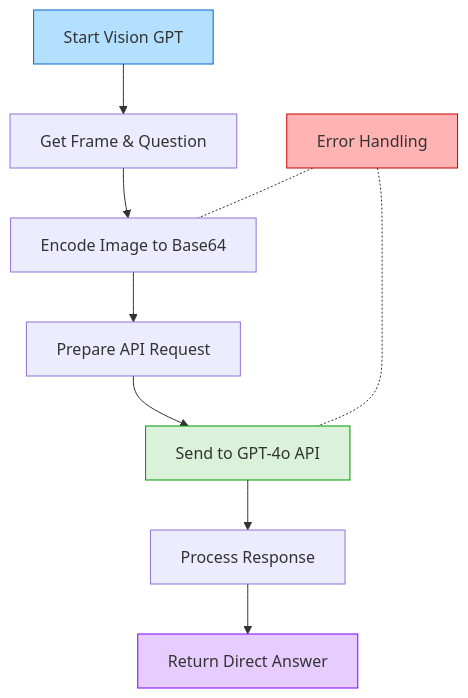
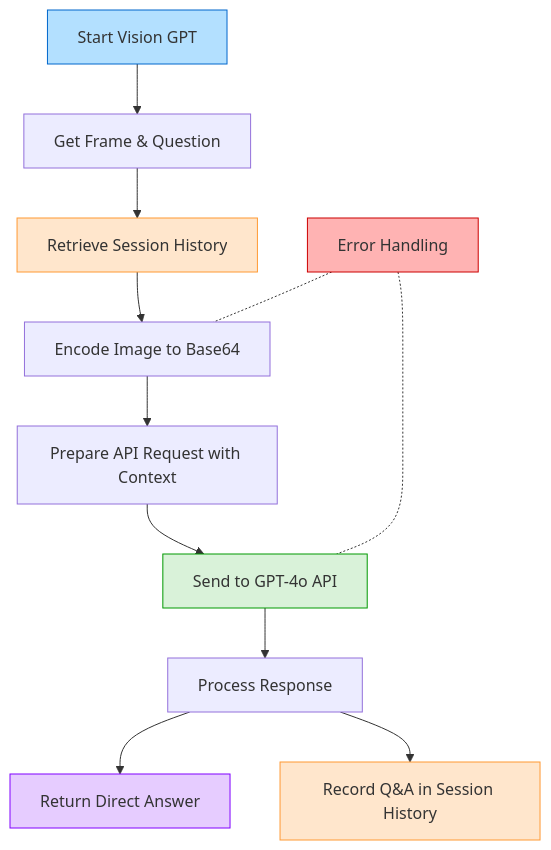
Before and after one commit to SYNOVA-LABS/ADA: the diagram in Vision_GPT/readme.md, drawn with Mermaid. The commit also changed other lines of this file, not shown here.

````diff
--- a/Vision_GPT/readme.md
+++ b/Vision_GPT/readme.md
@@ -15,17 +16,21 @@
 ```mermaid
 flowchart TD
     A[Start Vision GPT] --> B[Get Frame & Question]
-    B --> C[Encode Image to Base64]
-    C --> D[Prepare API Request]
+    B --> S[Retrieve Session History]
+    S --> C[Encode Image to Base64]
+    C --> D[Prepare API Request with Context]
     D --> E[Send to GPT-4o API]
     E --> F[Process Response]
     F --> G[Return Direct Answer]
+    F --> H1[Record Q&A in Session History]
     
     H[Error Handling] -.- C
     H -.- E
     
     style A fill:#b3e0ff,stroke:#0066cc
     style E fill:#d9f2d9,stroke:#009900
     style G fill:#e6ccff,stroke:#8000ff
     style H fill:#ffb3b3,stroke:#cc0000
+    style S fill:#ffe6cc,stroke:#ff9933
+    style H1 fill:#ffe6cc,stroke:#ff9933
 ```
````
